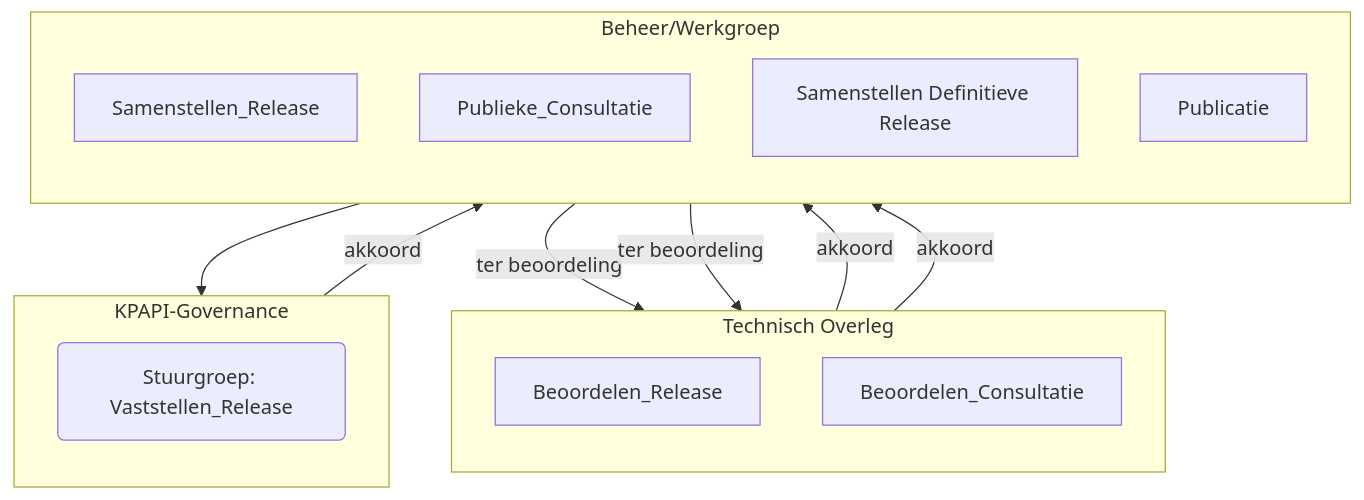
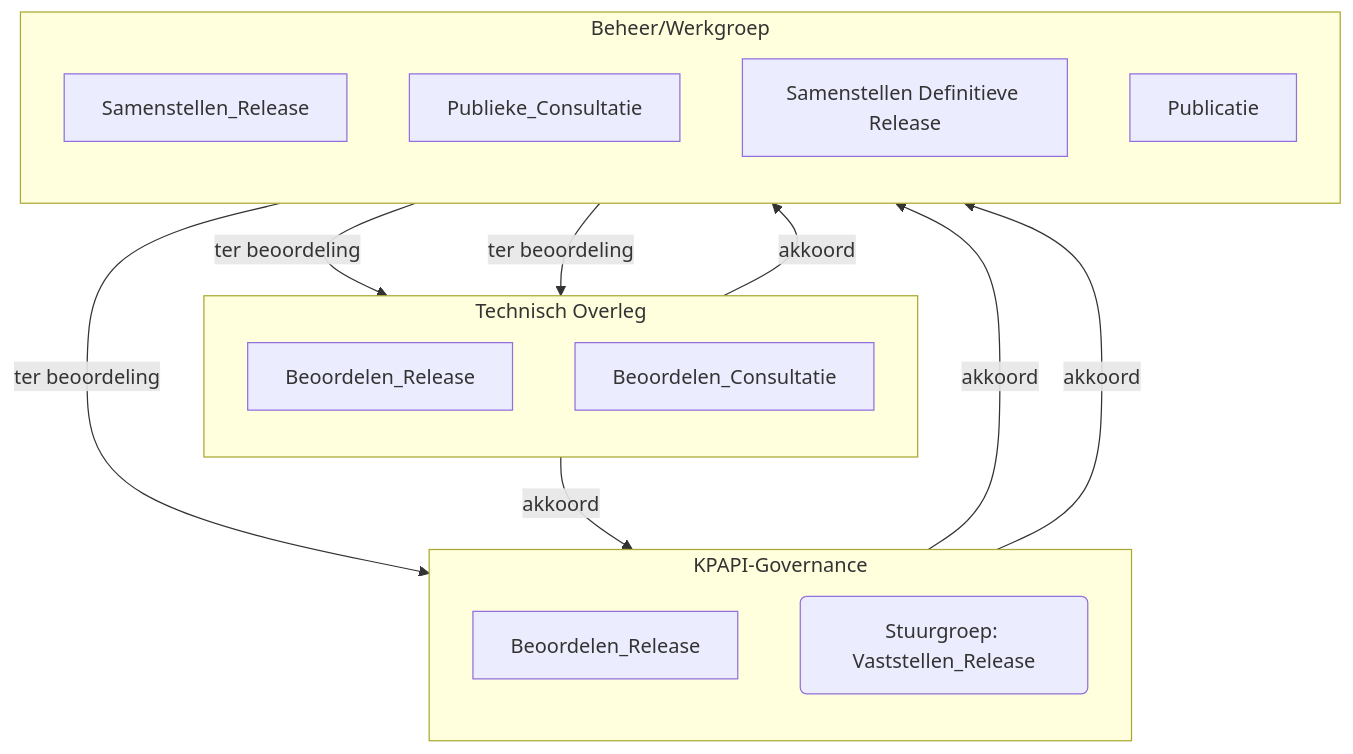
The second of 2 diagrams in overleggen/Stuurgroep/Overige stukken/KPAPI_Governance_ADR_Modules.md (Geonovum/KP-APIs), drawn with Mermaid before and after one commit. The commit also changed other lines of this file, not shown here.

````diff
--- a/overleggen/Stuurgroep/Overige stukken/KPAPI_Governance_ADR_Modules.md
+++ b/overleggen/Stuurgroep/Overige stukken/KPAPI_Governance_ADR_Modules.md
@@ -70,29 +70,31 @@
 ```mermaid
 flowchart TB
-    Samenstellen_Release--ter beoordeling-->Beoordelen_Release
-    Beoordelen_Release--akkoord-->Publieke_Consultatie
+    Samenstellen_Release--ter beoordeling-->Beoordelen_Release_TO
+    Beoordelen_Release_TO--akkoord-->Beoordelen_Release_SG
+    Beoordelen_Release_SG--akkoord-->Publieke_Consultatie
     Publieke_Consultatie--ter beoordeling-->Beoordelen_Consultatie
     Beoordelen_Consultatie--akkoord-->Samenstellen_Def_Release
-    Samenstellen_Def_Release[Samenstellen Definitieve Release]-->xx
+    Samenstellen_Def_Release[Samenstellen Definitieve Release]--ter beoordeling-->xx
     xx--akkoord-->Publicatie
 
     direction TB
     subgraph Technisch Overleg
     direction TB
-    Beoordelen_Release
+    Beoordelen_Release_TO[Beoordelen_Release]
     Beoordelen_Consultatie
     
     end
     subgraph KPAPI-Governance
     direction TB
+    Beoordelen_Release_SG[Beoordelen_Release]
     xx(Stuurgroep: Vaststellen_Release)
     
     end
     subgraph Beheer/Werkgroep
     direction TB
     Samenstellen_Release
     Publieke_Consultatie
     Samenstellen_Def_Release
     Publicatie
     end  
 ```
````
